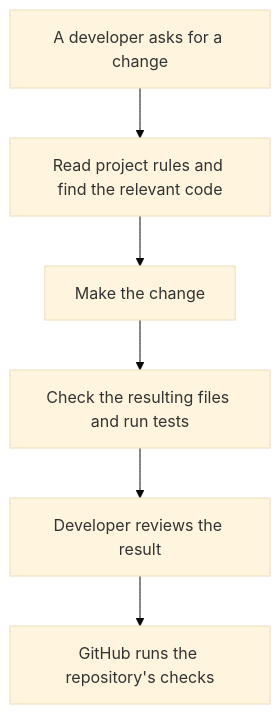
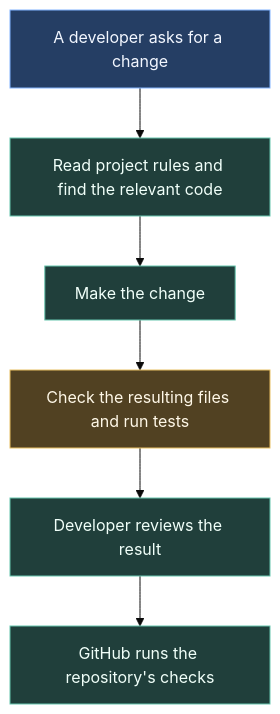
Before and after one commit to ARTTU-Software/.github: the first of 6 diagrams in docs/agentic-harness.md, drawn with Mermaid (base theme). The commit also changed other lines of this file and 5 other files, not shown here.

Commit message:
docs: use sidebar sections and restore coloured Mermaid diagrams

````diff
--- a/docs/agentic-harness.md
+++ b/docs/agentic-harness.md
@@ -20,8 +16,17 @@
 ```mermaid
 flowchart TB
     TASK["A developer asks for a change"] --> READ["Read project rules and find the relevant code"]
     READ --> EDIT["Make the change"]
     EDIT --> CHECK["Check the resulting files and run tests"]
     CHECK --> REVIEW["Developer reviews the result"]
     REVIEW --> GITHUB["GitHub runs the repository's checks"]
+
+    classDef task fill:#253e64,stroke:#82b4ff,color:#f3f7ff
+    classDef process fill:#203f3b,stroke:#66c5ae,color:#f0fff9
+    classDef check fill:#514122,stroke:#e8bf63,color:#fff8e8
+    classDef failure fill:#512d3d,stroke:#ef91ac,color:#fff1f6
+    class TASK task
+    class READ,EDIT process
+    class CHECK check
+    class REVIEW,GITHUB process
 ```
````
